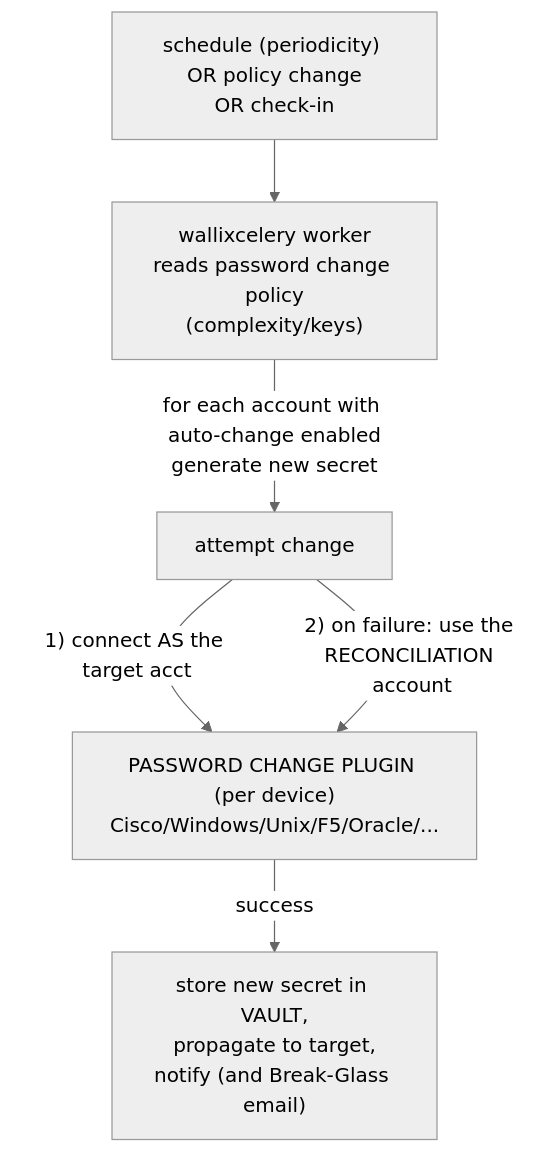
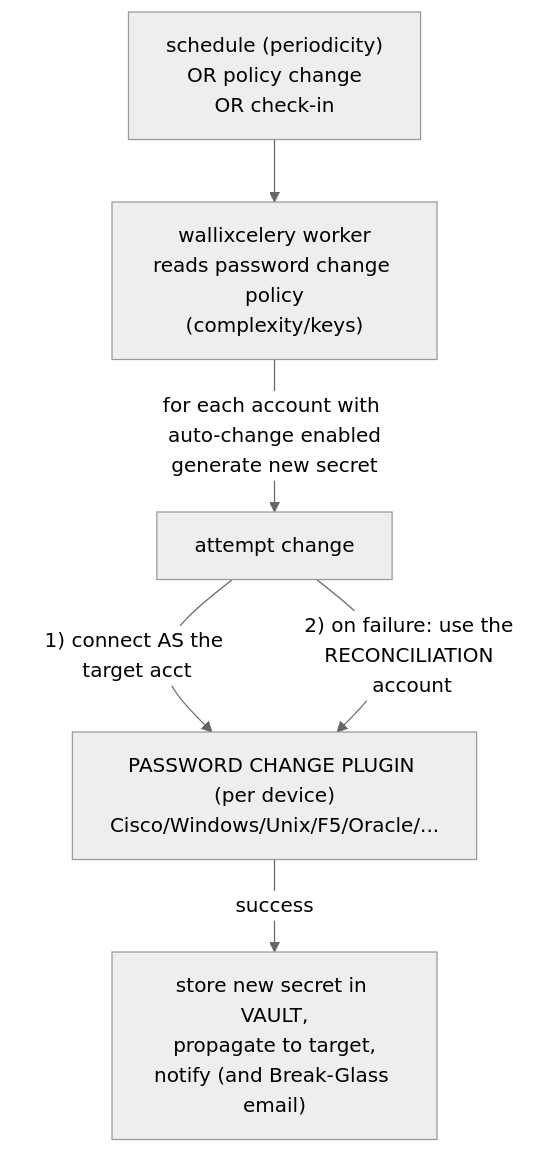
One commit to morandeirachema/WallixCerts changed the second of 4 diagrams in certs/wallix/deep-dives/secrets-and-password-management.md. Above: the diagram before and after it, drawn with Mermaid (neutral theme). The commit also changed other lines of this file and 35 other files, not shown here.

First line of the commit message:
Tidy Mermaid boxes: balanced wrapping at a narrower width (36)

````diff
--- a/certs/wallix/deep-dives/secrets-and-password-management.md
+++ b/certs/wallix/deep-dives/secrets-and-password-management.md
@@ -92,8 +92,8 @@
 ```mermaid
 flowchart TD
-    Trigger["schedule (periodicity) OR policy change<br/>OR check-in"] --> Worker["wallixcelery worker<br/>reads password change policy<br/>(complexity/keys)"]
+    Trigger["schedule (periodicity)<br/>OR policy change<br/>OR check-in"] --> Worker["wallixcelery worker<br/>reads password change policy<br/>(complexity/keys)"]
     Worker -->|"for each account with auto-change enabled<br/>generate new secret"| Attempt["attempt change"]
     Attempt -->|"1) connect AS the target acct"| Plugin["PASSWORD CHANGE PLUGIN (per device)<br/>Cisco/Windows/Unix/F5/Oracle/..."]
     Attempt -->|"2) on failure: use the RECONCILIATION account"| Plugin
     Plugin -->|"success"| Store["store new secret in VAULT,<br/>propagate to target,<br/>notify (and Break-Glass email)"]
 ```
````
